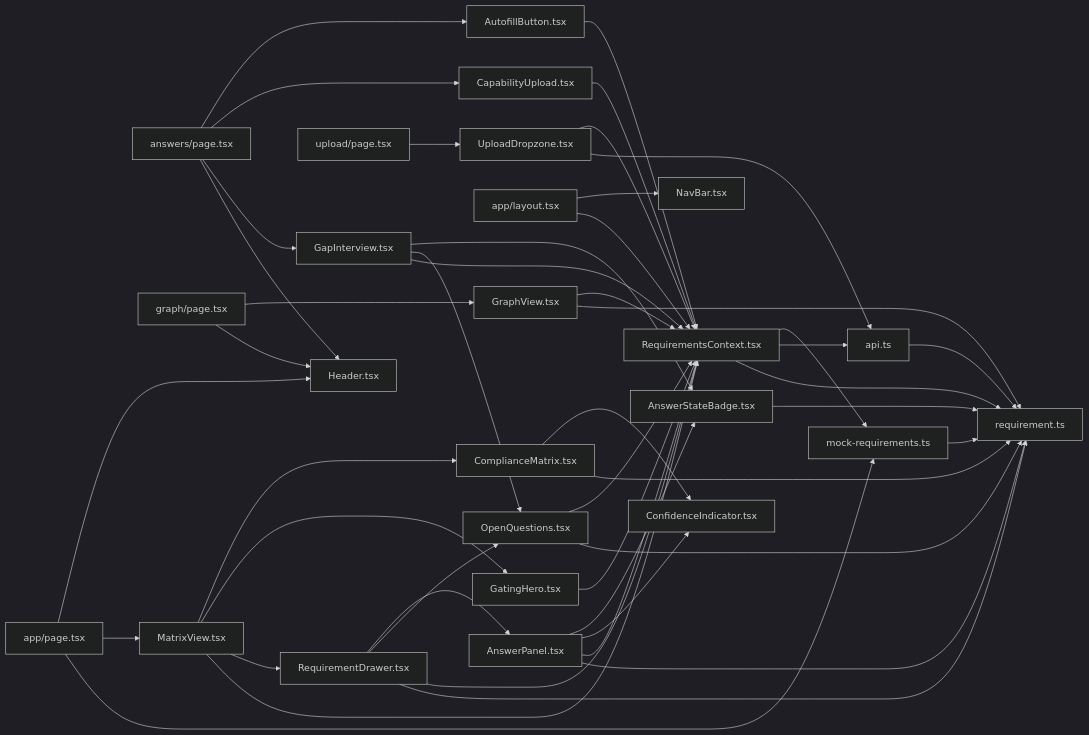
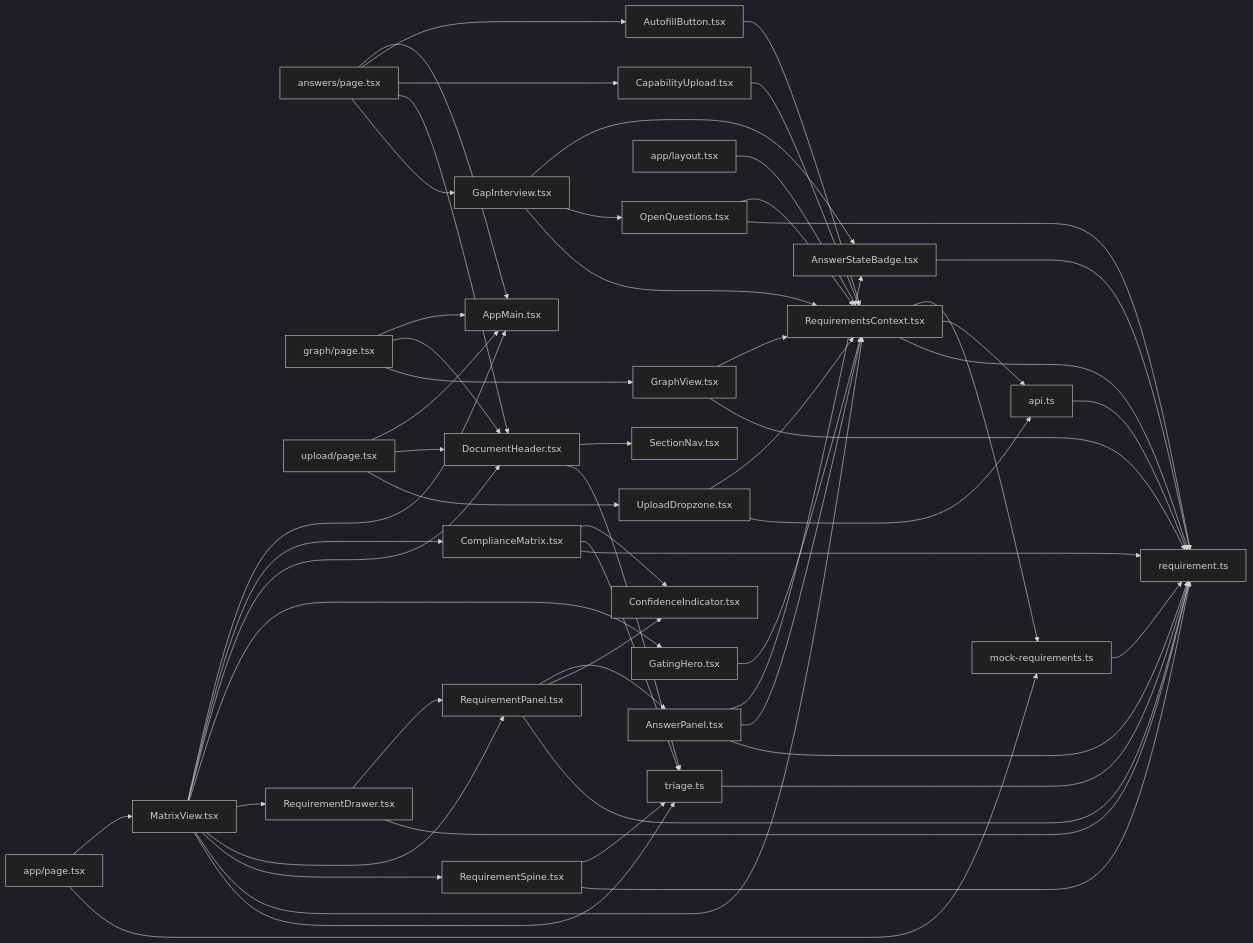
One commit to Welddevelopment/Bidframe changed the second of 3 diagrams in CODEMAP.md. Above: the diagram before and after it, drawn with Mermaid (dark theme). The commit also changed other lines of this file and 27 other files, not shown here.

````diff
--- a/CODEMAP.md
+++ b/CODEMAP.md
@@ -41,47 +41,60 @@
 ```mermaid
 graph LR
-  n0[answers/page.tsx] --> n1[AutofillButton.tsx]
-  n0[answers/page.tsx] --> n2[CapabilityUpload.tsx]
-  n0[answers/page.tsx] --> n3[GapInterview.tsx]
-  n0[answers/page.tsx] --> n4[Header.tsx]
-  n5[graph/page.tsx] --> n6[GraphView.tsx]
-  n5[graph/page.tsx] --> n4[Header.tsx]
-  n7[app/layout.tsx] --> n8[NavBar.tsx]
-  n7[app/layout.tsx] --> n9[RequirementsContext.tsx]
-  n10[app/page.tsx] --> n4[Header.tsx]
+  n0[answers/page.tsx] --> n1[AppMain.tsx]
+  n0[answers/page.tsx] --> n2[AutofillButton.tsx]
+  n0[answers/page.tsx] --> n3[CapabilityUpload.tsx]
+  n0[answers/page.tsx] --> n4[DocumentHeader.tsx]
+  n0[answers/page.tsx] --> n5[GapInterview.tsx]
+  n6[graph/page.tsx] --> n1[AppMain.tsx]
+  n6[graph/page.tsx] --> n4[DocumentHeader.tsx]
+  n6[graph/page.tsx] --> n7[GraphView.tsx]
+  n8[app/layout.tsx] --> n9[RequirementsContext.tsx]
   n10[app/page.tsx] --> n11[MatrixView.tsx]
   n10[app/page.tsx] --> n12[mock-requirements.ts]
+  n13[upload/page.tsx] --> n1[AppMain.tsx]
+  n13[upload/page.tsx] --> n4[DocumentHeader.tsx]
   n13[upload/page.tsx] --> n14[UploadDropzone.tsx]
   n15[AnswerPanel.tsx] --> n16[AnswerStateBadge.tsx]
-  n15[AnswerPanel.tsx] --> n17[ConfidenceIndicator.tsx]
   n15[AnswerPanel.tsx] --> n9[RequirementsContext.tsx]
-  n15[AnswerPanel.tsx] --> n18[requirement.ts]
-  n16[AnswerStateBadge.tsx] --> n18[requirement.ts]
-  n1[AutofillButton.tsx] --> n9[RequirementsContext.tsx]
-  n2[CapabilityUpload.tsx] --> n9[RequirementsContext.tsx]
-  n19[ComplianceMatrix.tsx] --> n17[ConfidenceIndicator.tsx]
-  n19[ComplianceMatrix.tsx] --> n18[requirement.ts]
-  n3[GapInterview.tsx] --> n16[AnswerStateBadge.tsx]
-  n3[GapInterview.tsx] --> n20[OpenQuestions.tsx]
-  n3[GapInterview.tsx] --> n9[RequirementsContext.tsx]
-  n21[GatingHero.tsx] --> n9[RequirementsContext.tsx]
-  n6[GraphView.tsx] --> n9[RequirementsContext.tsx]
-  n6[GraphView.tsx] --> n18[requirement.ts]
-  n11[MatrixView.tsx] --> n19[ComplianceMatrix.tsx]
-  n11[MatrixView.tsx] --> n21[GatingHero.tsx]
-  n11[MatrixView.tsx] --> n22[RequirementDrawer.tsx]
+  n15[AnswerPanel.tsx] --> n17[requirement.ts]
+  n16[AnswerStateBadge.tsx] --> n17[requirement.ts]
+  n2[AutofillButton.tsx] --> n9[RequirementsContext.tsx]
+  n3[CapabilityUpload.tsx] --> n9[RequirementsContext.tsx]
+  n18[ComplianceMatrix.tsx] --> n19[ConfidenceIndicator.tsx]
+  n18[ComplianceMatrix.tsx] --> n20[triage.ts]
+  n18[ComplianceMatrix.tsx] --> n17[requirement.ts]
+  n4[DocumentHeader.tsx] --> n21[SectionNav.tsx]
+  n4[DocumentHeader.tsx] --> n20[triage.ts]
+  n5[GapInterview.tsx] --> n16[AnswerStateBadge.tsx]
+  n5[GapInterview.tsx] --> n22[OpenQuestions.tsx]
+  n5[GapInterview.tsx] --> n9[RequirementsContext.tsx]
+  n23[GatingHero.tsx] --> n9[RequirementsContext.tsx]
+  n7[GraphView.tsx] --> n9[RequirementsContext.tsx]
+  n7[GraphView.tsx] --> n17[requirement.ts]
+  n11[MatrixView.tsx] --> n1[AppMain.tsx]
+  n11[MatrixView.tsx] --> n18[ComplianceMatrix.tsx]
+  n11[MatrixView.tsx] --> n4[DocumentHeader.tsx]
+  n11[MatrixView.tsx] --> n23[GatingHero.tsx]
+  n11[MatrixView.tsx] --> n24[RequirementDrawer.tsx]
+  n11[MatrixView.tsx] --> n25[RequirementPanel.tsx]
+  n11[MatrixView.tsx] --> n26[RequirementSpine.tsx]
   n11[MatrixView.tsx] --> n9[RequirementsContext.tsx]
-  n20[OpenQuestions.tsx] --> n9[RequirementsContext.tsx]
-  n20[OpenQuestions.tsx] --> n18[requirement.ts]
-  n22[RequirementDrawer.tsx] --> n15[AnswerPanel.tsx]
-  n22[RequirementDrawer.tsx] --> n20[OpenQuestions.tsx]
-  n22[RequirementDrawer.tsx] --> n9[RequirementsContext.tsx]
-  n22[RequirementDrawer.tsx] --> n18[requirement.ts]
+  n11[MatrixView.tsx] --> n20[triage.ts]
+  n22[OpenQuestions.tsx] --> n9[RequirementsContext.tsx]
+  n22[OpenQuestions.tsx] --> n17[requirement.ts]
+  n24[RequirementDrawer.tsx] --> n25[RequirementPanel.tsx]
+  n24[RequirementDrawer.tsx] --> n17[requirement.ts]
+  n25[RequirementPanel.tsx] --> n15[AnswerPanel.tsx]
+  n25[RequirementPanel.tsx] --> n19[ConfidenceIndicator.tsx]
+  n25[RequirementPanel.tsx] --> n17[requirement.ts]
+  n26[RequirementSpine.tsx] --> n20[triage.ts]
+  n26[RequirementSpine.tsx] --> n17[requirement.ts]
   n14[UploadDropzone.tsx] --> n9[RequirementsContext.tsx]
-  n14[UploadDropzone.tsx] --> n23[api.ts]
+  n14[UploadDropzone.tsx] --> n27[api.ts]
   n9[RequirementsContext.tsx] --> n12[mock-requirements.ts]
-  n9[RequirementsContext.tsx] --> n23[api.ts]
-  n9[RequirementsContext.tsx] --> n18[requirement.ts]
-  n12[mock-requirements.ts] --> n18[requirement.ts]
-  n23[api.ts] --> n18[requirement.ts]
+  n9[RequirementsContext.tsx] --> n27[api.ts]
+  n9[RequirementsContext.tsx] --> n17[requirement.ts]
+  n12[mock-requirements.ts] --> n17[requirement.ts]
+  n27[api.ts] --> n17[requirement.ts]
+  n20[triage.ts] --> n17[requirement.ts]
 ```
````
